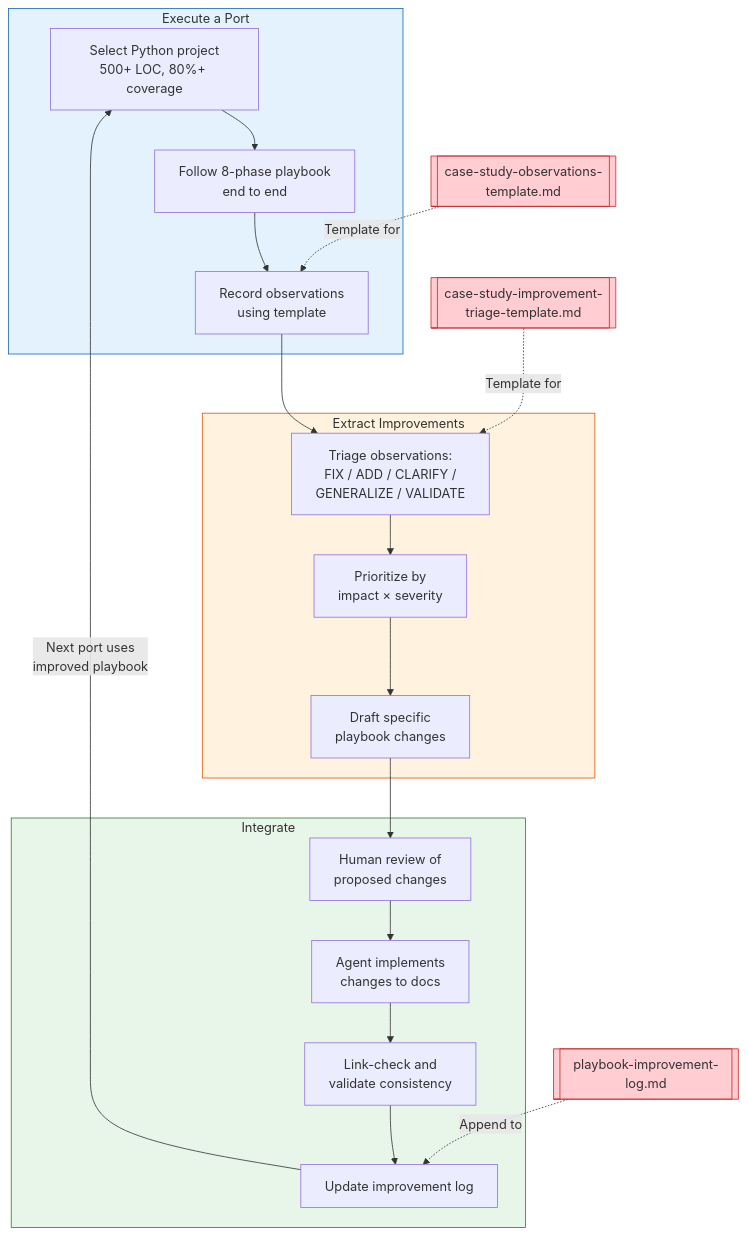
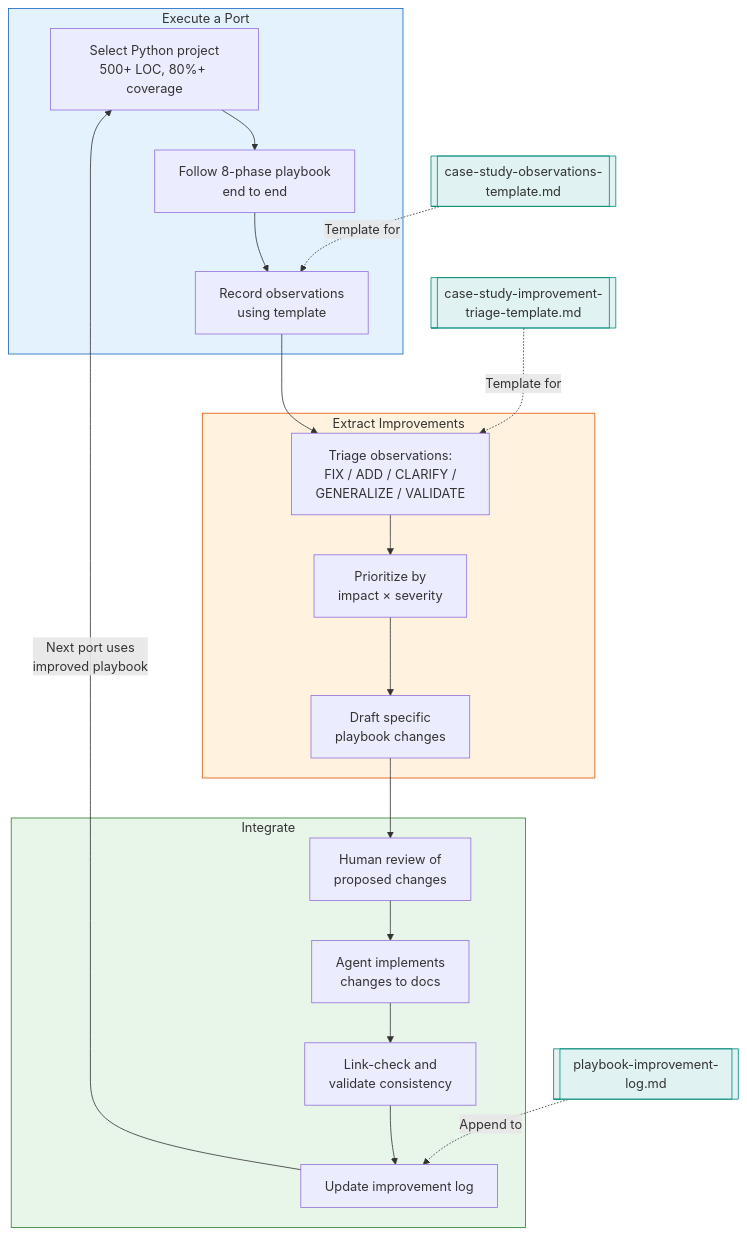
One commit to jlevy/rust-porting-playbook changed the fourth of 6 diagrams in docs/project/playbook-flow-analysis.md. Above: the diagram before and after it, drawn with Mermaid. The commit also changed other lines of this file, not shown here.

First line of the commit message:
Consistent doc styling: teal [[ ]] shape across all diagrams

````diff
--- a/docs/project/playbook-flow-analysis.md
+++ b/docs/project/playbook-flow-analysis.md
@@ -314,39 +326,39 @@
 ```mermaid
 flowchart TD
     subgraph execute["Execute a Port"]
         SELECT[Select Python project<br/>500+ LOC, 80%+ coverage]
         FOLLOW[Follow 8-phase playbook<br/>end to end]
         OBSERVE[Record observations<br/>using template]
         SELECT --> FOLLOW --> OBSERVE
     end
 
     subgraph extract["Extract Improvements"]
         TRIAGE[Triage observations:<br/>FIX / ADD / CLARIFY /<br/>GENERALIZE / VALIDATE]
         PRIORITIZE[Prioritize by<br/>impact × severity]
         DRAFT[Draft specific<br/>playbook changes]
         TRIAGE --> PRIORITIZE --> DRAFT
     end
 
     subgraph integrate["Integrate"]
         REVIEW_HUMAN[Human review of<br/>proposed changes]
         IMPLEMENT[Agent implements<br/>changes to docs]
         VERIFY[Link-check and<br/>validate consistency]
         UPDATE_LOG[Update improvement log]
         REVIEW_HUMAN --> IMPLEMENT --> VERIFY --> UPDATE_LOG
     end
 
     OBSERVE --> TRIAGE
     DRAFT --> REVIEW_HUMAN
     UPDATE_LOG -->|"Next port uses<br/>improved playbook"| SELECT
 
     OBS_T[["case-study-observations-template.md"]] -.->|Template for| OBSERVE
     TRI_T[["case-study-improvement-triage-template.md"]] -.->|Template for| TRIAGE
     IMP_LOG[["playbook-improvement-log.md"]] -.->|Append to| UPDATE_LOG
 
     style execute fill:#e3f2fd,stroke:#1565C0
     style extract fill:#fff3e0,stroke:#E65100
     style integrate fill:#e8f5e9,stroke:#2E7D32
-    style OBS_T fill:#ffcdd2,stroke:#C62828
-    style TRI_T fill:#ffcdd2,stroke:#C62828
-    style IMP_LOG fill:#ffcdd2,stroke:#C62828
+    style OBS_T fill:#e0f2f1,stroke:#00897B
+    style TRI_T fill:#e0f2f1,stroke:#00897B
+    style IMP_LOG fill:#e0f2f1,stroke:#00897B
 ```
````
